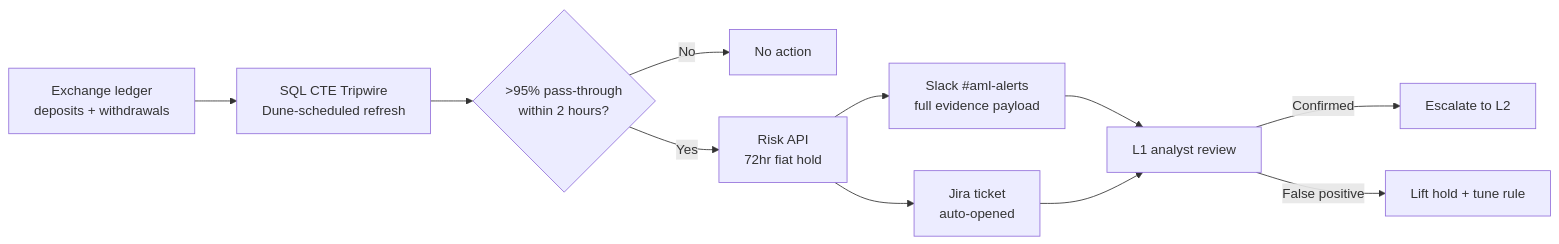
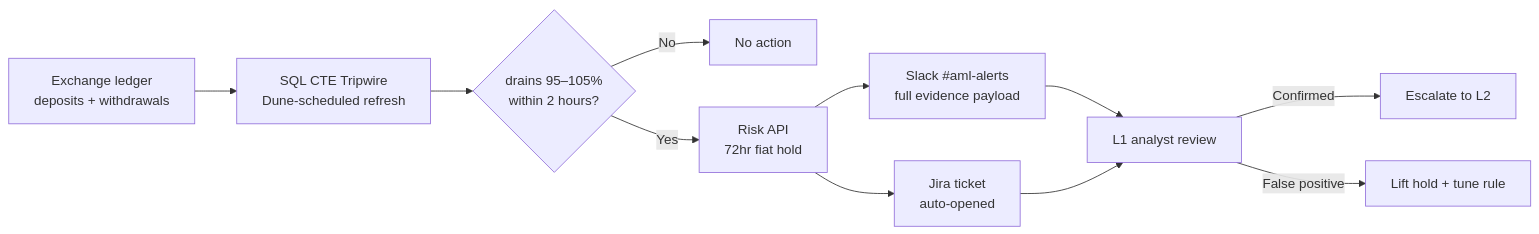
The diagram in README.md (DTNEVERLAND/sentinel-aml-detection), drawn with Mermaid before and after one commit. The commit also changed other lines of this file and 5 other files, not shown here.

````diff
--- a/README.md
+++ b/README.md
@@ -37,13 +37,13 @@
 ```mermaid
 flowchart LR
     A[Exchange ledger<br/>deposits + withdrawals] --> B[SQL CTE Tripwire<br/>Dune-scheduled refresh]
-    B --> C{>95% pass-through<br/>within 2 hours?}
+    B --> C{"drains 95–105%<br/>within 2 hours?"}
     C -->|No| D[No action]
     C -->|Yes| E[Risk API<br/>72hr fiat hold]
     E --> F[Slack #aml-alerts<br/>full evidence payload]
     E --> G[Jira ticket<br/>auto-opened]
     F --> H[L1 analyst review]
     G --> H
     H -->|Confirmed| I[Escalate to L2]
     H -->|False positive| J[Lift hold + tune rule]
 ```
````
